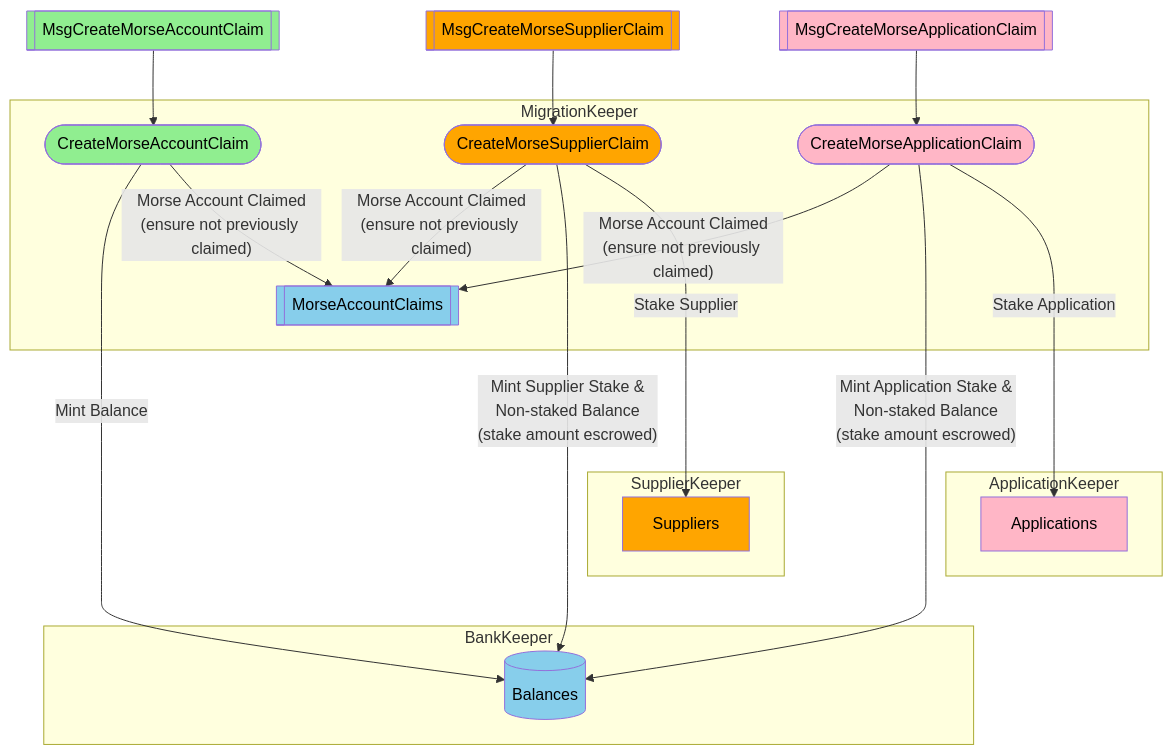
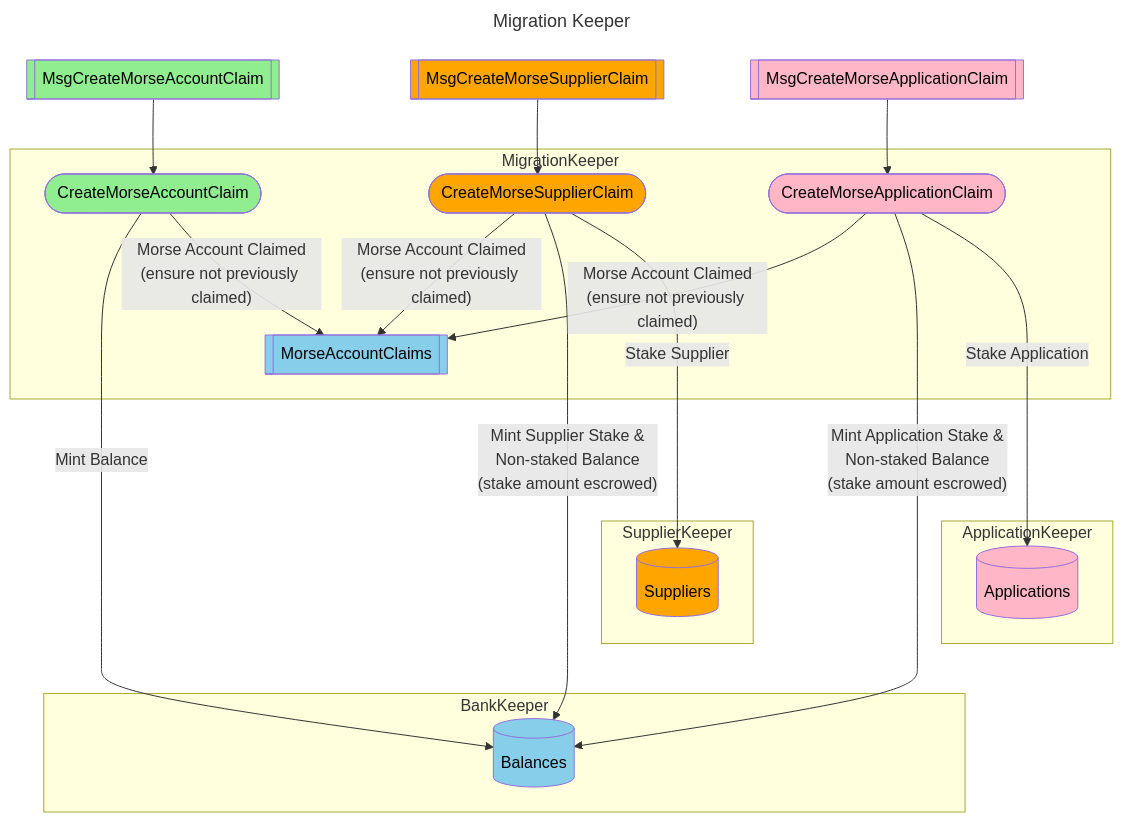
Before and after one commit to pokt-network/poktroll: the diagram in docusaurus/docs/operate/morse_migration/5_claiming_introduction.md, drawn with Mermaid. The commit also changed other lines of this file, not shown here.

Commit message:
Finished reviewing docusaurus/docs/operate/morse_migration/5_claiming_introduction.md

````diff
--- a/docusaurus/docs/operate/morse_migration/5_claiming_introduction.md
+++ b/docusaurus/docs/operate/morse_migration/5_claiming_introduction.md
@@ -98,50 +82,47 @@
 ```mermaid
+---
+title: Migration Keeper
+---
 flowchart
     m1[[MsgCreateMorseAccountClaim]]:::account
     m2[[MsgCreateMorseSupplierClaim]]:::supplier
     m3[[MsgCreateMorseApplicationClaim]]:::application
 
     subgraph MigrationKeeper
     h1([CreateMorseAccountClaim]):::account
     h2([CreateMorseSupplierClaim]):::supplier
     h3([CreateMorseApplicationClaim]):::application
-    %% ms[[MorseAccountState]]
     ac[[MorseAccountClaims]]:::general
     end
 
     h1 --"Mint Balance"----> bk1
-
     h1 --"Morse Account Claimed<br>(ensure not previously claimed)"--> ac
     h2 --"Morse Account Claimed<br>(ensure not previously claimed)"--> ac
     h3 --"Morse Account Claimed<br>(ensure not previously claimed)"--> ac
-
-    %% h1 --"ensure claim is valid"--> ms
-    %% h2 --"ensure claim is valid"--> ms
-    %% h3 --"ensure claim is valid"--> ms
 
     m1 --> h1
     m2 --> h2
     m3 --> h3
 
     subgraph BankKeeper
     bk1[(Balances)]:::general
     end
 
     subgraph SupplierKeeper
-    sk1["Suppliers"]:::supplier
+    sk1[("Suppliers")]:::supplier
     end
 
     subgraph ApplicationKeeper
-    ak1["Applications"]:::application
+    ak1[("Applications")]:::application
     end
 
     h2 --"Mint Supplier Stake &<br/>Non-staked Balance<br/>(stake amount escrowed)"--> bk1
     h2 --"Stake Supplier"---> sk1
     h3 --"Mint Application Stake &<br/>Non-staked Balance<br/>(stake amount escrowed)"--> bk1
     h3 --"Stake Application"---> ak1
 
     classDef account fill:#90EE90,color:#000
     classDef supplier fill:#FFA500,color:#000
     classDef application fill:#FFB6C6,color:#000
     classDef general fill:#87CEEB,color:#000
 ```
````
